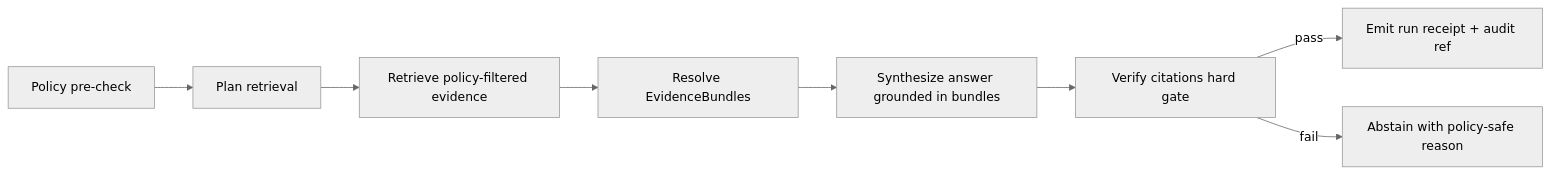
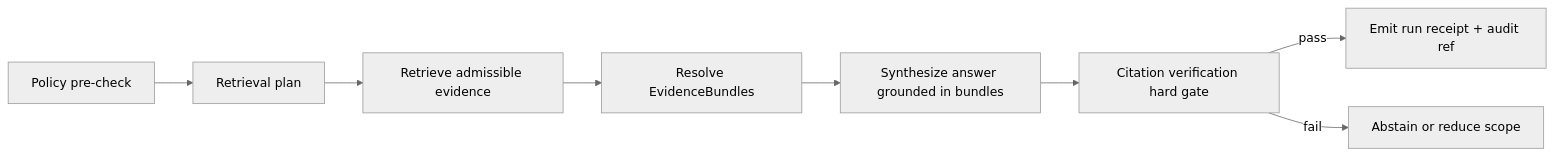
Before and after one commit to bartytime4life/Kansas-Frontier-Matrix: the third of 3 diagrams in README.md, drawn with Mermaid (neutral theme). The commit also changed other lines of this file, not shown here.

````diff
--- a/README.md
+++ b/README.md
@@ -886,10 +915,10 @@
 ```mermaid
 flowchart LR
-  P[Policy pre-check] --> R[Plan retrieval]
-  R --> Q[Retrieve policy-filtered evidence]
+  P[Policy pre-check] --> R[Retrieval plan]
+  R --> Q[Retrieve admissible evidence]
   Q --> B[Resolve EvidenceBundles]
   B --> S[Synthesize answer grounded in bundles]
-  S --> V[Verify citations hard gate]
+  S --> V[Citation verification hard gate]
   V -->|pass| E[Emit run receipt + audit ref]
-  V -->|fail| A[Abstain with policy-safe reason]
+  V -->|fail| A[Abstain or reduce scope]
 ```
````
